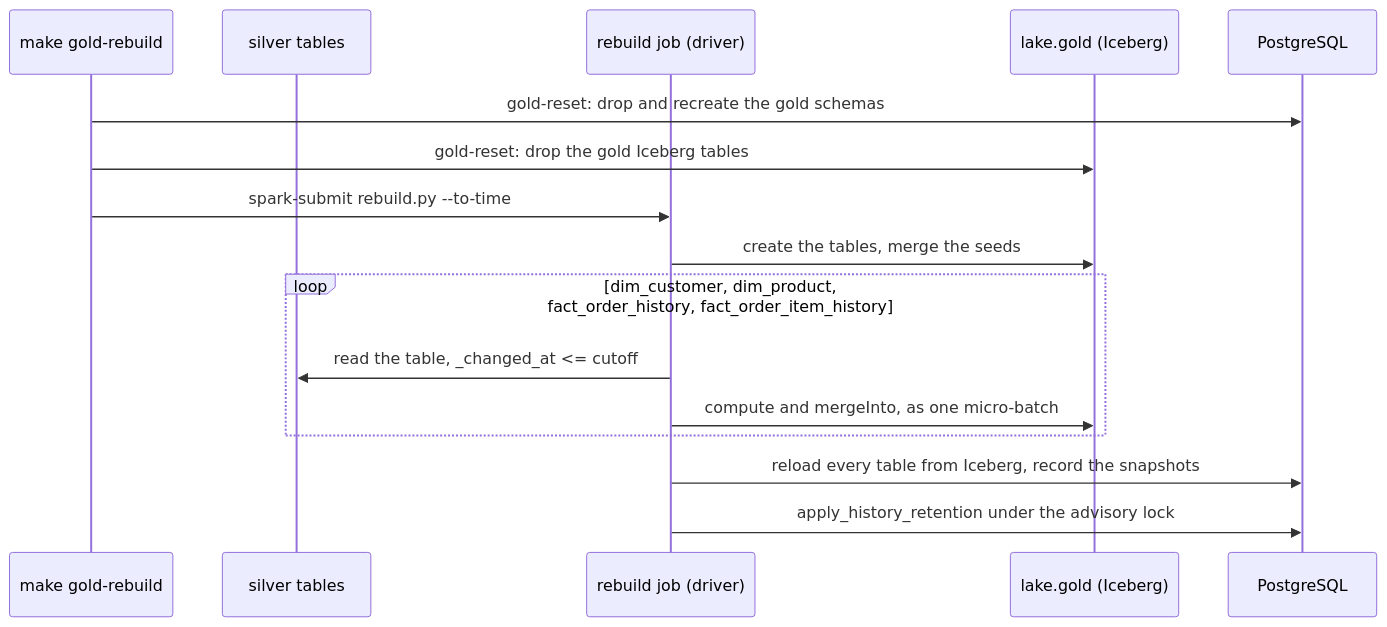
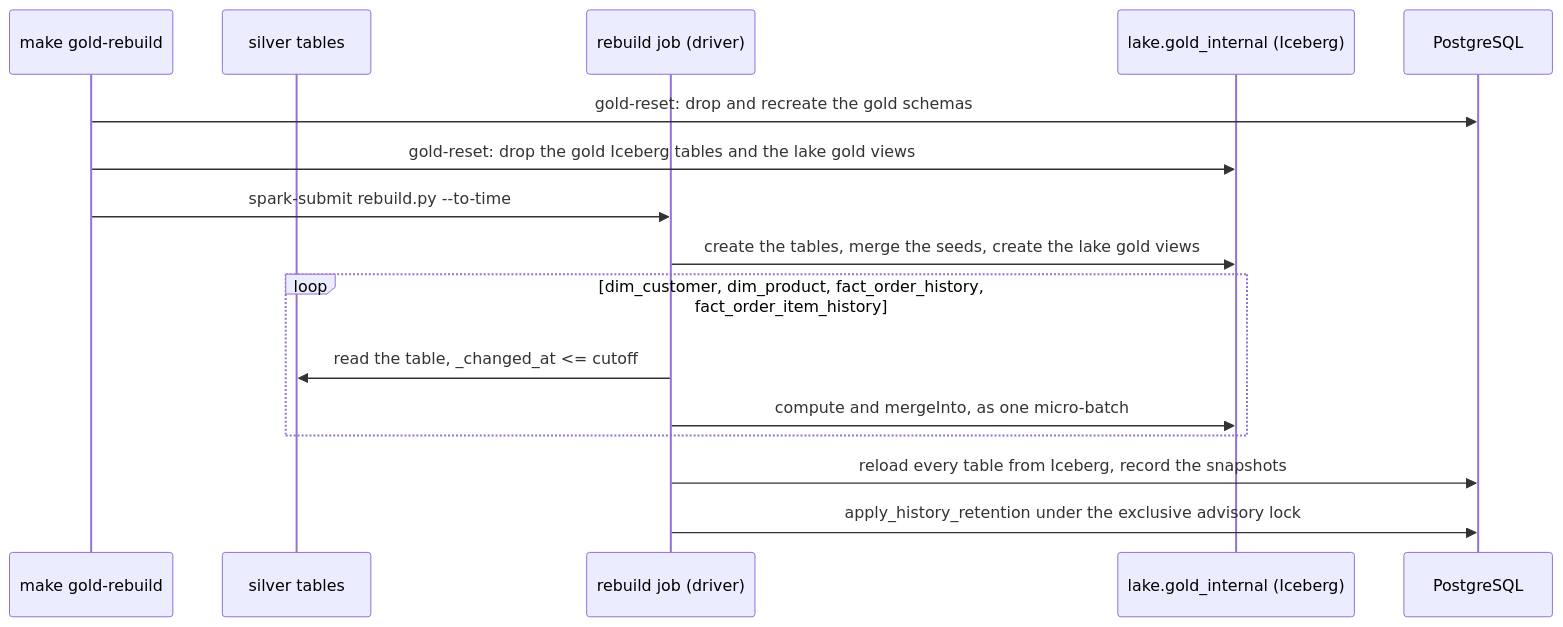
One commit to jonathan5p/deel-home-task changed the third of 3 diagrams in docs/lakehouse/gold/writer.md. Above: the diagram before and after it, drawn with Mermaid. The commit also changed other lines of this file and 2 other files, not shown here.

Commit message:
docs(gold): describe the independent gold streams, business-key facts and the shared read-time views

````diff
--- a/docs/lakehouse/gold/writer.md
+++ b/docs/lakehouse/gold/writer.md
@@ -169,18 +186,18 @@
 ```mermaid
 sequenceDiagram
     participant M as make gold-rebuild
     participant S as silver tables
     participant J as rebuild job (driver)
-    participant L as lake.gold (Iceberg)
+    participant L as lake.gold_internal (Iceberg)
     participant P as PostgreSQL
     M->>P: gold-reset: drop and recreate the gold schemas
-    M->>L: gold-reset: drop the gold Iceberg tables
+    M->>L: gold-reset: drop the gold Iceberg tables and the lake gold views
     M->>J: spark-submit rebuild.py --to-time
-    J->>L: create the tables, merge the seeds
+    J->>L: create the tables, merge the seeds, create the lake gold views
     loop dim_customer, dim_product, fact_order_history, fact_order_item_history
         J->>S: read the table, _changed_at <= cutoff
         J->>L: compute and mergeInto, as one micro-batch
     end
     J->>P: reload every table from Iceberg, record the snapshots
-    J->>P: apply_history_retention under the advisory lock
+    J->>P: apply_history_retention under the exclusive advisory lock
 ```
````
